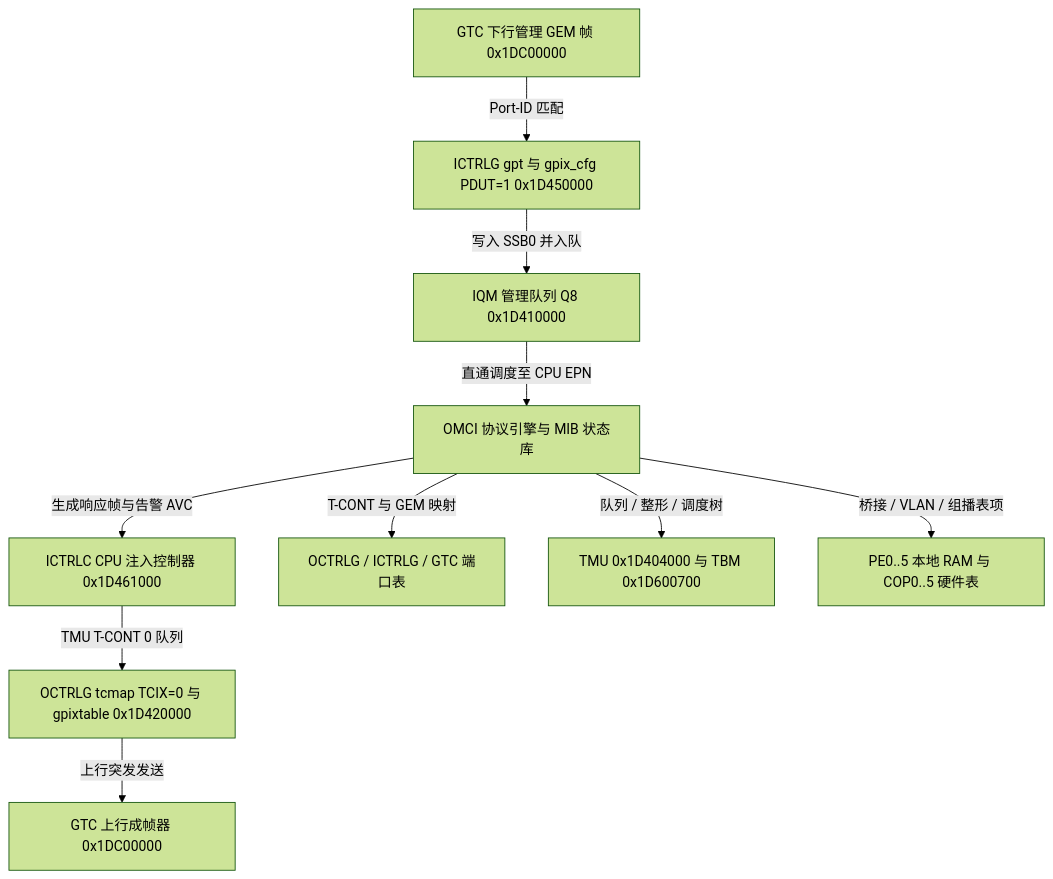
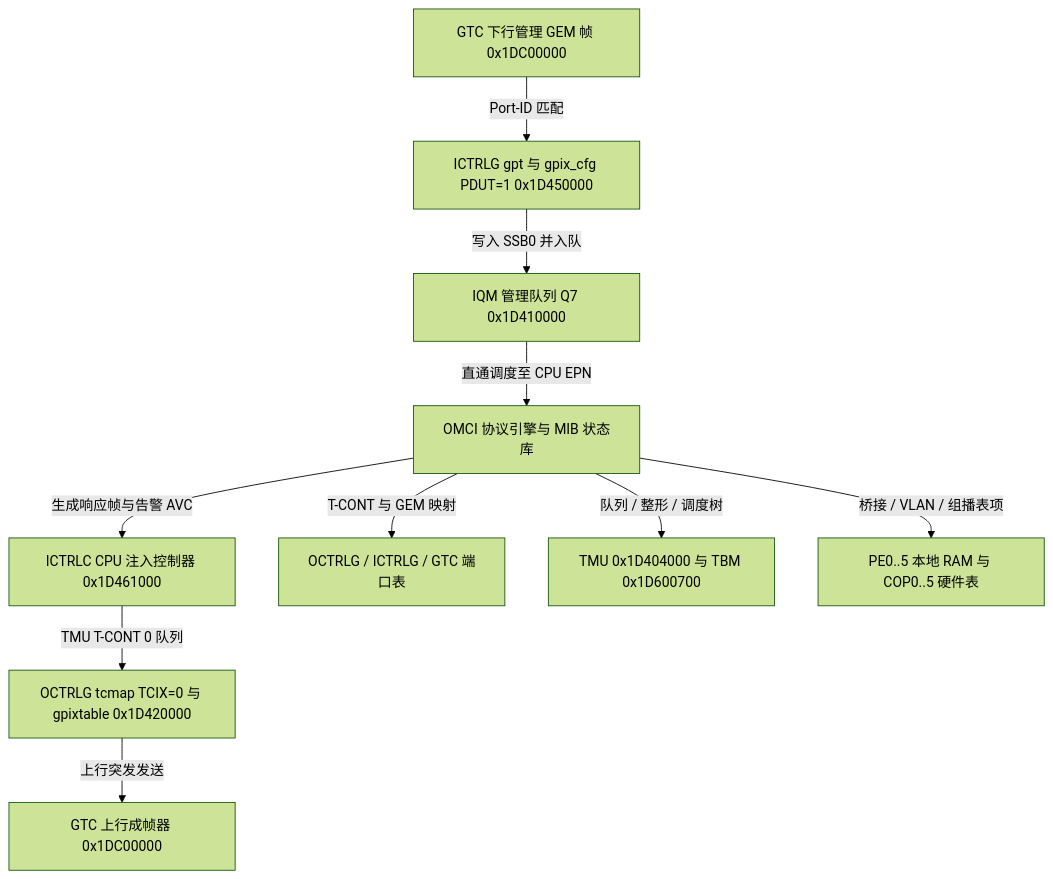
Before and after one commit to difanz/lantiq-falcon-s-docs: the diagram in 09_control_flow/02_omci_subsystem.md, drawn with Mermaid (forest theme). The commit also changed other lines of this file and 52 other files, not shown here.

````diff
--- a/09_control_flow/02_omci_subsystem.md
+++ b/09_control_flow/02_omci_subsystem.md
@@ -5,12 +7,12 @@
 ```mermaid
 flowchart TD
     GTC_RX["GTC 下行管理 GEM 帧 0x1DC00000"] -->|Port-ID 匹配| ICTRLG_OMCI["ICTRLG gpt 与 gpix_cfg PDUT=1 0x1D450000"]
-    ICTRLG_OMCI -->|写入 SSB0 并入队| IQM_Q8["IQM 管理队列 Q8 0x1D410000"]
-    IQM_Q8 -->|直通调度至 CPU EPN| OMCI_CORE["OMCI 协议引擎与 MIB 状态库"]
+    ICTRLG_OMCI -->|写入 SSB0 并入队| IQM_Q7["IQM 管理队列 Q7 0x1D410000"]
+    IQM_Q7 -->|直通调度至 CPU EPN| OMCI_CORE["OMCI 协议引擎与 MIB 状态库"]
     OMCI_CORE -->|生成响应帧与告警 AVC| ICTRLC_TX["ICTRLC CPU 注入控制器 0x1D461000"]
     ICTRLC_TX -->|TMU T-CONT 0 队列| OCTRLG_TX["OCTRLG tcmap TCIX=0 与 gpixtable 0x1D420000"]
     OCTRLG_TX -->|上行突发发送| GTC_TX["GTC 上行成帧器 0x1DC00000"]
     OMCI_CORE -->|T-CONT 与 GEM 映射| HW_PON["OCTRLG / ICTRLG / GTC 端口表"]
     OMCI_CORE -->|队列 / 整形 / 调度树| HW_TMU["TMU 0x1D404000 与 TBM 0x1D600700"]
     OMCI_CORE -->|桥接 / VLAN / 组播表项| HW_SCE["PE0..5 本地 RAM 与 COP0..5 硬件表"]
 ```
````
